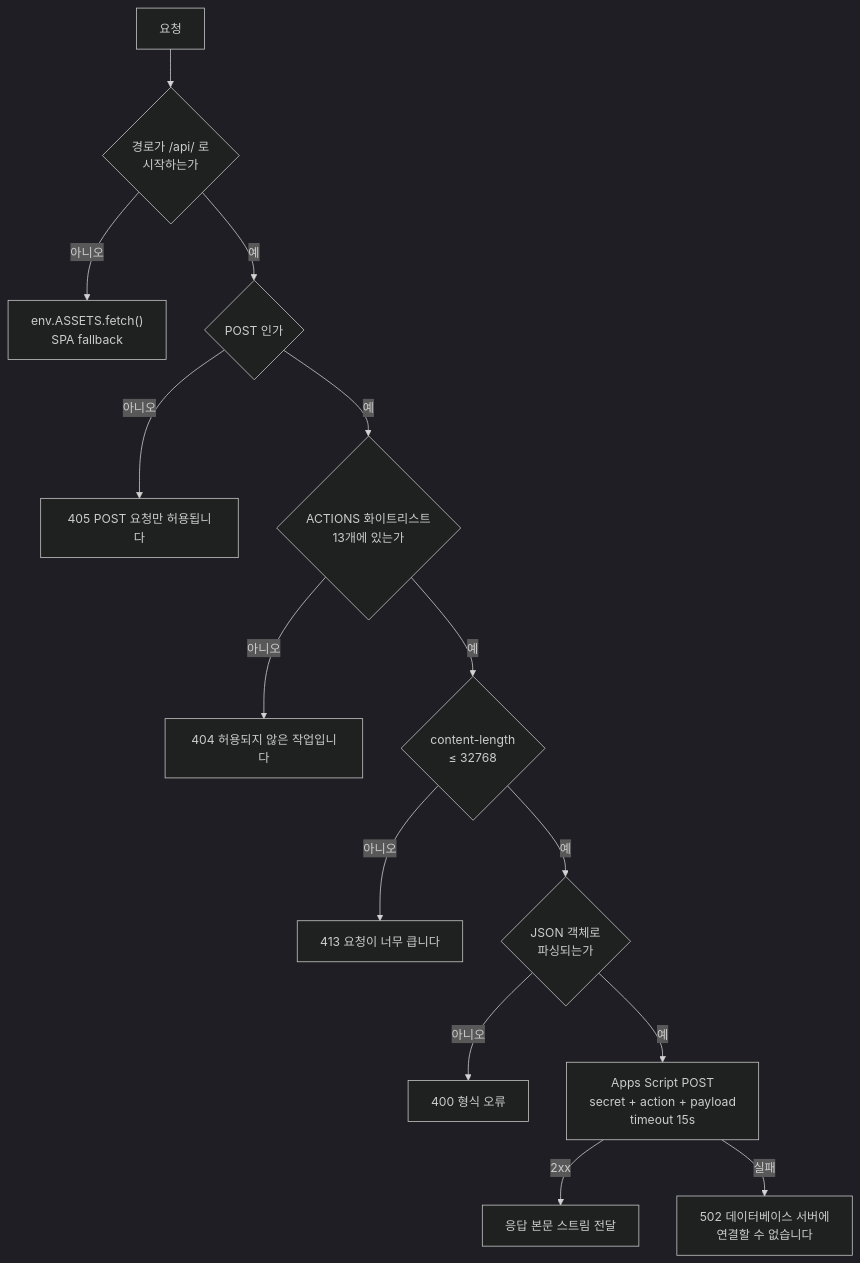
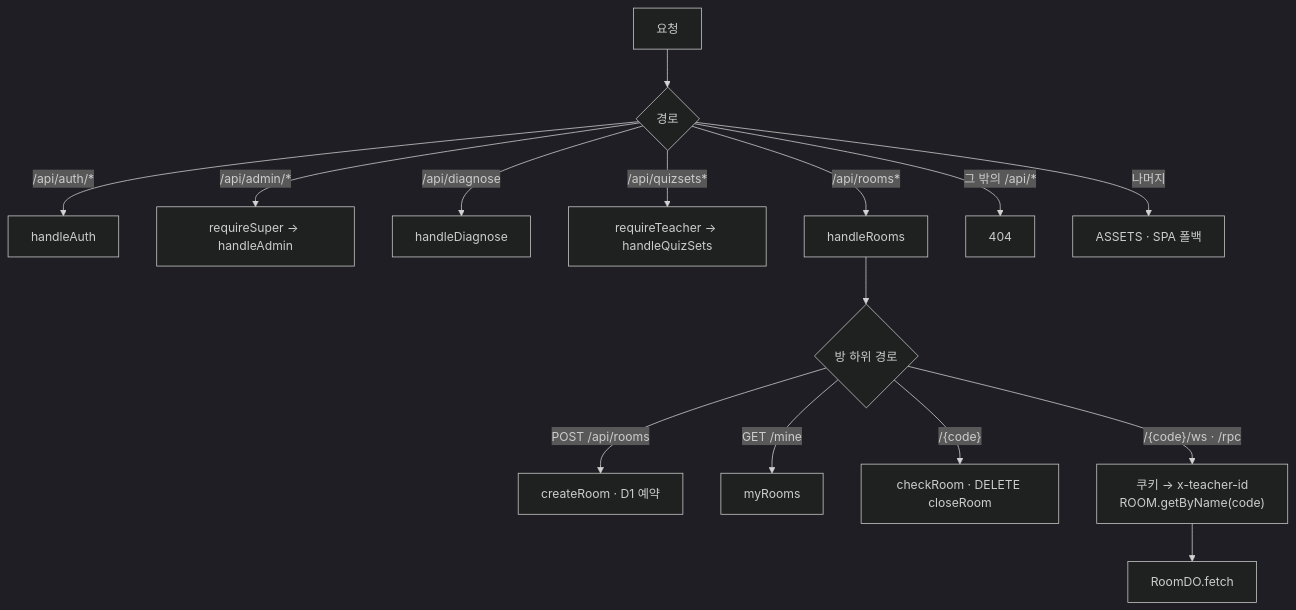
One commit to nillili/treasure-island-conquest changed the second of 9 diagrams in docs/PROJECT_SPEC.md. Above: the diagram before and after it, drawn with Mermaid (dark theme). The commit also changed other lines of this file and 13 other files, not shown here.

````diff
--- a/docs/PROJECT_SPEC.md
+++ b/docs/PROJECT_SPEC.md
@@ -265,16 +335,18 @@
 ```mermaid
 flowchart TD
-    R["요청"] --> P{"경로가 /api/ 로<br/>시작하는가"}
-    P -->|"아니오"| ASSET["env.ASSETS.fetch()<br/>SPA fallback"]
-    P -->|"예"| M{"POST 인가"}
-    M -->|"아니오"| E405["405 POST 요청만 허용됩니다"]
-    M -->|"예"| A{"ACTIONS 화이트리스트<br/>13개에 있는가"}
-    A -->|"아니오"| E404["404 허용되지 않은 작업입니다"]
-    A -->|"예"| L{"content-length<br/>&le; 32768"}
-    L -->|"아니오"| E413["413 요청이 너무 큽니다"]
-    L -->|"예"| J{"JSON 객체로<br/>파싱되는가"}
-    J -->|"아니오"| E400["400 형식 오류"]
-    J -->|"예"| U["Apps Script POST<br/>secret + action + payload<br/>timeout 15s"]
-    U -->|"2xx"| OK["응답 본문 스트림 전달"]
-    U -->|"실패"| E502["502 데이터베이스 서버에<br/>연결할 수 없습니다"]
+    A["요청"] --> B{"경로"}
+    B -->|"/api/auth/*"| C["handleAuth"]
+    B -->|"/api/admin/*"| D["requireSuper → handleAdmin"]
+    B -->|"/api/diagnose"| E["handleDiagnose"]
+    B -->|"/api/quizsets*"| F["requireTeacher → handleQuizSets"]
+    B -->|"/api/rooms*"| G["handleRooms"]
+    B -->|"그 밖의 /api/*"| H["404"]
+    B -->|"나머지"| I["ASSETS · SPA 폴백"]
+
+    G --> J{"방 하위 경로"}
+    J -->|"POST /api/rooms"| K["createRoom · D1 예약"]
+    J -->|"GET /mine"| L["myRooms"]
+    J -->|"/{code}"| M["checkRoom · DELETE closeRoom"]
+    J -->|"/{code}/ws · /rpc"| N["쿠키 → x-teacher-id<br/>ROOM.getByName(code)"]
+    N --> O["RoomDO.fetch"]
 ```
````
